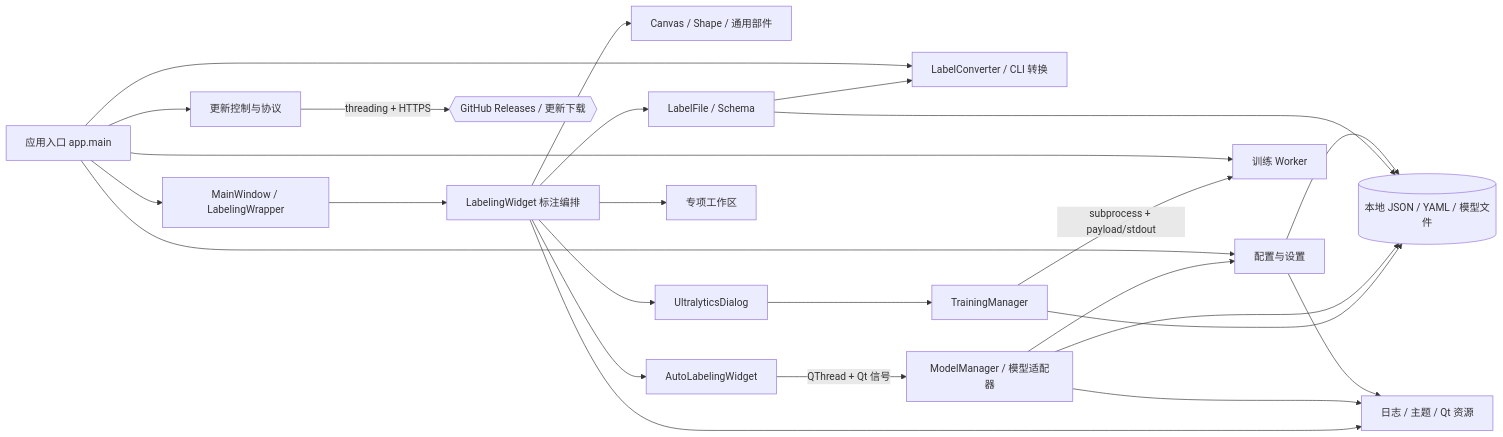
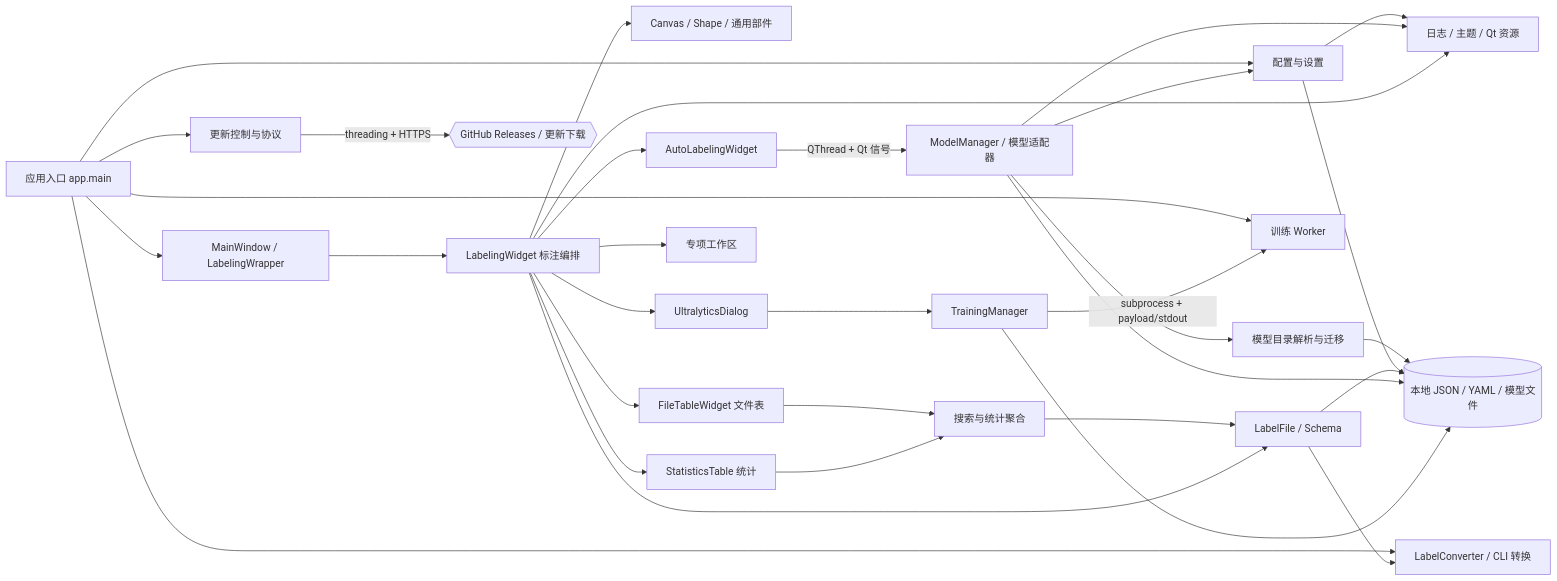
One commit to shmily-linjun/FrameLabel changed the first of 6 diagrams in docs/dev/CODE_STRUCTURE_REPORT.md. Above: the diagram before and after it, drawn with Mermaid. The commit also changed other lines of this file and 14 other files, not shown here.

````diff
--- a/docs/dev/CODE_STRUCTURE_REPORT.md
+++ b/docs/dev/CODE_STRUCTURE_REPORT.md
@@ -158,45 +170,56 @@
 ```mermaid
 flowchart LR
     APP["应用入口 app.main"]
     CFG["配置与设置"]
     MAIN["MainWindow / LabelingWrapper"]
     LABEL["LabelingWidget 标注编排"]
     CANVAS["Canvas / Shape / 通用部件"]
+    FILETABLE["FileTableWidget 文件表"]
+    STATS["StatisticsTable 统计"]
+    SEARCH["搜索与统计聚合"]
+    STORAGE["模型目录解析与迁移"]
     DATA["LabelFile / Schema"]
     CONVERT["LabelConverter / CLI 转换"]
     AUTOUI["AutoLabelingWidget"]
     AUTOSVC["ModelManager / 模型适配器"]
     TRAINUI["UltralyticsDialog"]
     TRAINSVC["TrainingManager"]
     TRAINWORKER["训练 Worker"]
     SPECIAL["专项工作区"]
     UPDATE["更新控制与协议"]
     SUPPORT["日志 / 主题 / Qt 资源"]
     FS[("本地 JSON / YAML / 模型文件")]
     NET{{"GitHub Releases / 更新下载"}}
 
     APP --> CFG
     APP --> MAIN
     APP --> CONVERT
     APP --> TRAINWORKER
     MAIN --> LABEL
     LABEL --> CANVAS
+    LABEL --> FILETABLE
+    FILETABLE --> SEARCH
+    LABEL --> STATS
+    STATS --> SEARCH
+    SEARCH --> DATA
     LABEL --> DATA
     DATA --> CONVERT
     LABEL --> AUTOUI
     AUTOUI -->|"QThread + Qt 信号"| AUTOSVC
+    AUTOSVC --> STORAGE
+    STORAGE --> FS
     AUTOSVC --> CFG
     LABEL --> TRAINUI
     TRAINUI --> TRAINSVC
     TRAINSVC -->|"subprocess + payload/stdout"| TRAINWORKER
     LABEL --> SPECIAL
     APP --> UPDATE
     UPDATE -->|"threading + HTTPS"| NET
     CFG --> SUPPORT
     AUTOSVC --> SUPPORT
     LABEL --> SUPPORT
     CFG --> FS
     DATA --> FS
     AUTOSVC --> FS
     TRAINSVC --> FS
 ```
````
